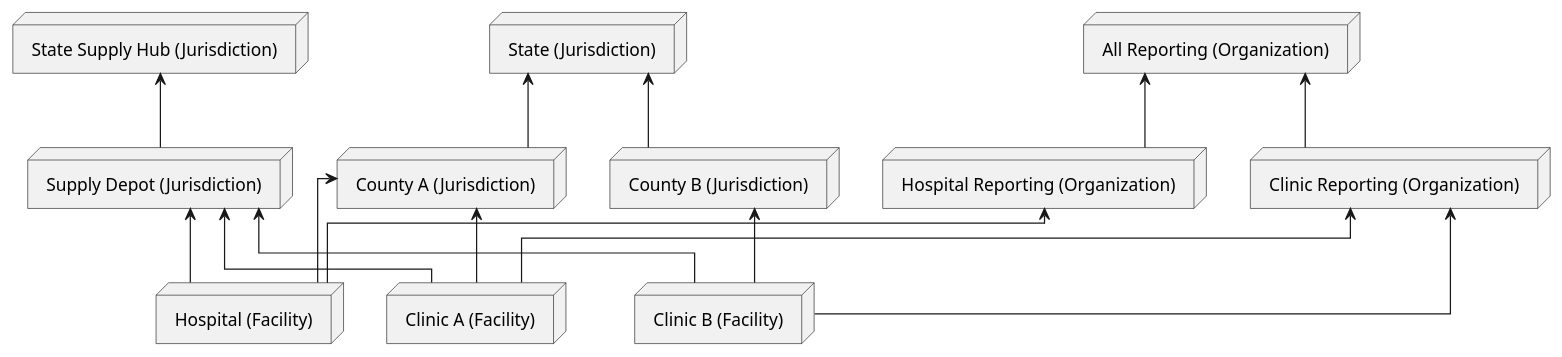
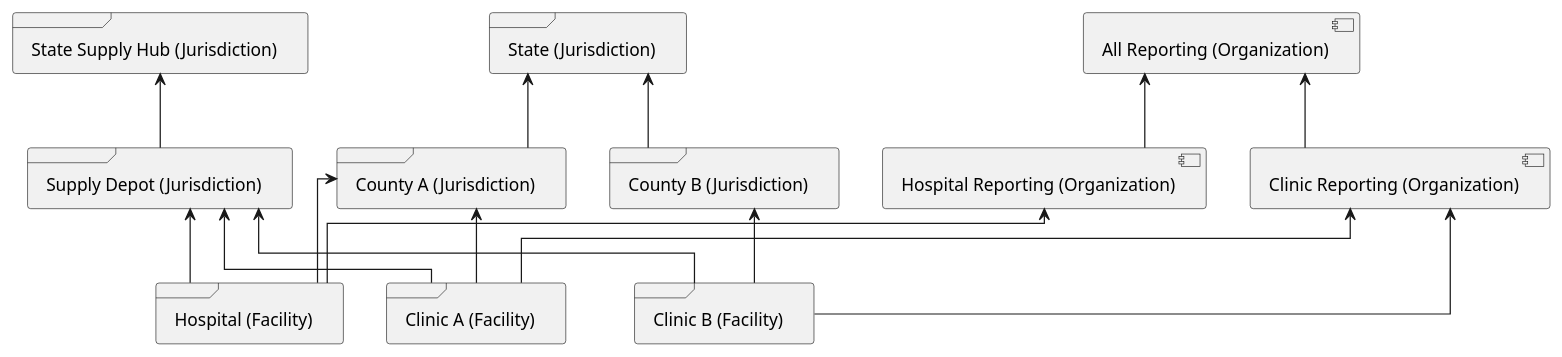
The second of 6 diagrams in mCSD-Whitepaper.plantuml (IHE/mCSD-Whitepaper), drawn with PlantUML before and after one commit. The commit also changed other lines of this file and 11 other files, not shown here.

Commit message:
Added back in use cases at the top and updated the facility section to reflect this change.  HWR and ILR still need to be updated.  Also updated diagrams for those.

```diff
--- a/mCSD-Whitepaper.plantuml
+++ b/mCSD-Whitepaper.plantuml
@@ -17,32 +18,33 @@
 @startuml multiple-hierarchies
+skinparam componentStyle uml2
 skinparam linetype ortho
-node state as "State (Jurisdiction)"
+frame state as "State (Jurisdiction)"
 together {
-  node countya as "County A (Jurisdiction)"
-  node countyb as "County B (Jurisdiction)"
+  frame countya as "County A (Jurisdiction)"
+  frame countyb as "County B (Jurisdiction)"
 }
-node hospital as "Hospital (Facility)" 
-node clinica as "Clinic A (Facility)"
-node clinicb as "Clinic B (Facility)"
-node supplyhub as "State Supply Hub (Jurisdiction)"
-node depot as "Supply Depot (Jurisdiction)"
-node report as "All Reporting (Organization)"
+frame hospital as "Hospital (Facility)" 
+frame clinica as "Clinic A (Facility)"
+frame clinicb as "Clinic B (Facility)"
+frame supplyhub as "State Supply Hub (Jurisdiction)"
+frame depot as "Supply Depot (Jurisdiction)"
+component report as "All Reporting (Organization)"
 together {
-  node hospreport as "Hospital Reporting (Organization)"
-  node clinicreport as "Clinic Reporting (Organization)"
+  component hospreport as "Hospital Reporting (Organization)"
+  component clinicreport as "Clinic Reporting (Organization)"
 }
 state <-- countya
 state <-- countyb
 countya <-- hospital
 countya <-- clinica
 countyb <-- clinicb
 supplyhub <-- depot
 depot <-- hospital
 depot <-- clinica
 depot <-- clinicb
 report <-- hospreport
 report <-- clinicreport
 hospreport <-- hospital
 clinicreport <-- clinica
 clinicreport <-- clinicb
 @enduml
```
